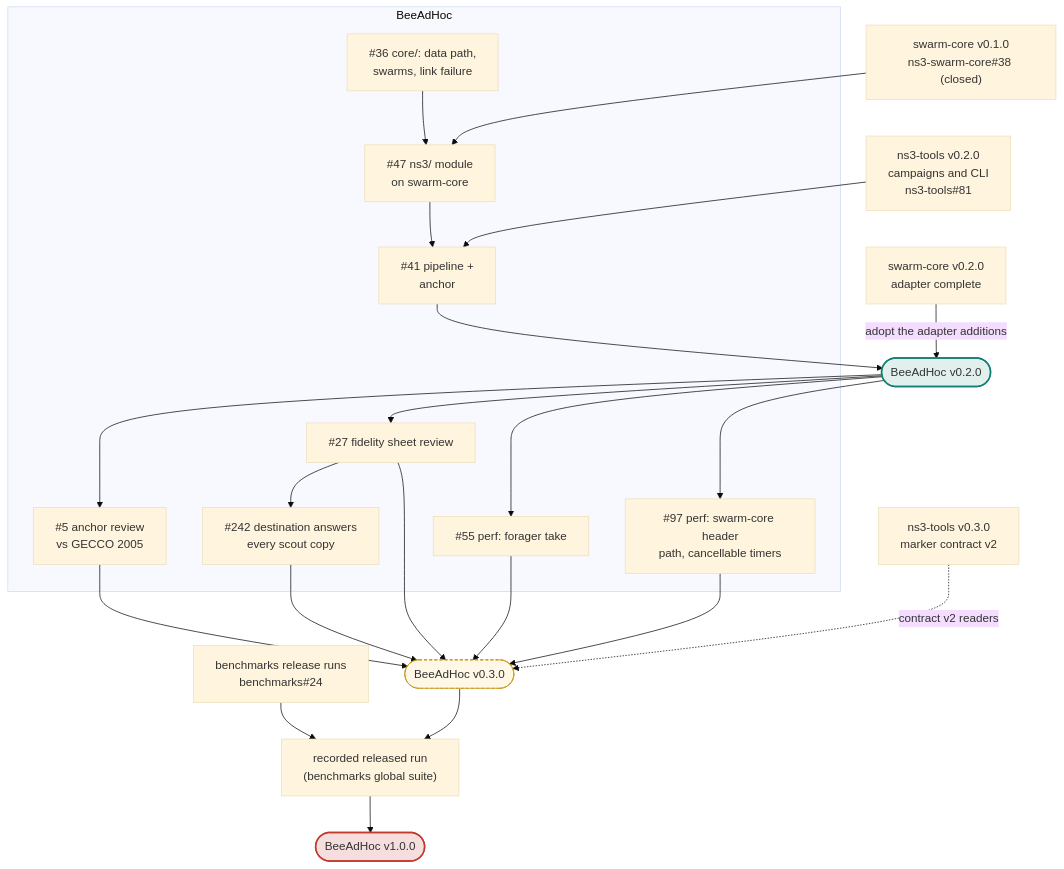
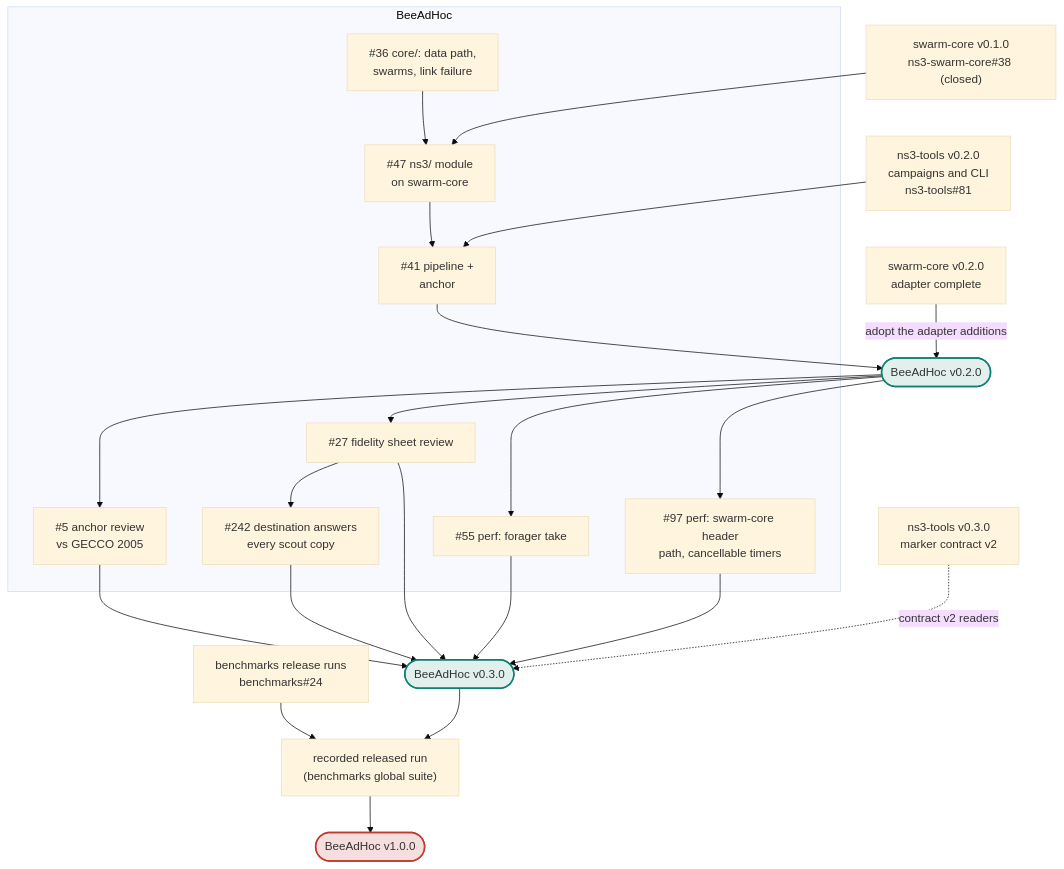
Before and after one commit to swarm-routing/BeeAdHoc: the second of 2 diagrams in docs/roadmap.md, drawn with Mermaid (base theme). The commit also changed other lines of this file, not shown here.

First line of the commit message:
docs(roadmap): mark v0.3.0 shipped (#258)

````diff
--- a/docs/roadmap.md
+++ b/docs/roadmap.md
@@ -57,36 +57,36 @@
 ```mermaid
 flowchart TB
     subgraph HERE["BeeAdHoc"]
         I36["#36 core/: data path,<br/>swarms, link failure"]
         I47["#47 ns3/ module<br/>on swarm-core"]
         I41["#41 pipeline +<br/>anchor"]
         I5["#5 anchor review<br/>vs GECCO 2005"]
         I27["#27 fidelity sheet review"]
         I55["#55 perf: forager take"]
         I97["#97 perf: swarm-core header<br/>path, cancellable timers"]
         I242["#242 destination answers<br/>every scout copy"]
     end
     SC["swarm-core v0.1.0<br/>ns3-swarm-core#38 (closed)"]
     SC2["swarm-core v0.2.0<br/>adapter complete"]
     T2["ns3-tools v0.2.0<br/>campaigns and CLI<br/>ns3-tools#81"]
     T3["ns3-tools v0.3.0<br/>marker contract v2"]
     BM["benchmarks release runs<br/>benchmarks#24"]
 
     SC --> I47
     I36 --> I47
     I47 --> I41
     T2 --> I41
     I41 --> V02(["BeeAdHoc v0.2.0"])
     SC2 -->|"adopt the adapter additions"| V02
     V02 --> I5 & I27 & I55 & I97
     I27 --> I242
     I5 & I27 & I55 & I97 & I242 --> V03(["BeeAdHoc v0.3.0"])
     T3 -.->|"contract v2 readers"| V03
     V03 --> RUN["recorded released run<br/>(benchmarks global suite)"]
     BM --> RUN
     RUN --> V10(["BeeAdHoc v1.0.0"])
 
     style V02 fill:#e2f0ed,stroke:#0f7f70,stroke-width:2px
-    style V03 fill:#fff8e6,stroke:#c48f00,stroke-dasharray:4 3
+    style V03 fill:#e2f0ed,stroke:#0f7f70,stroke-width:2px
     style V10 fill:#f6dede,stroke:#c0392b,stroke-width:2px
 ```
````
